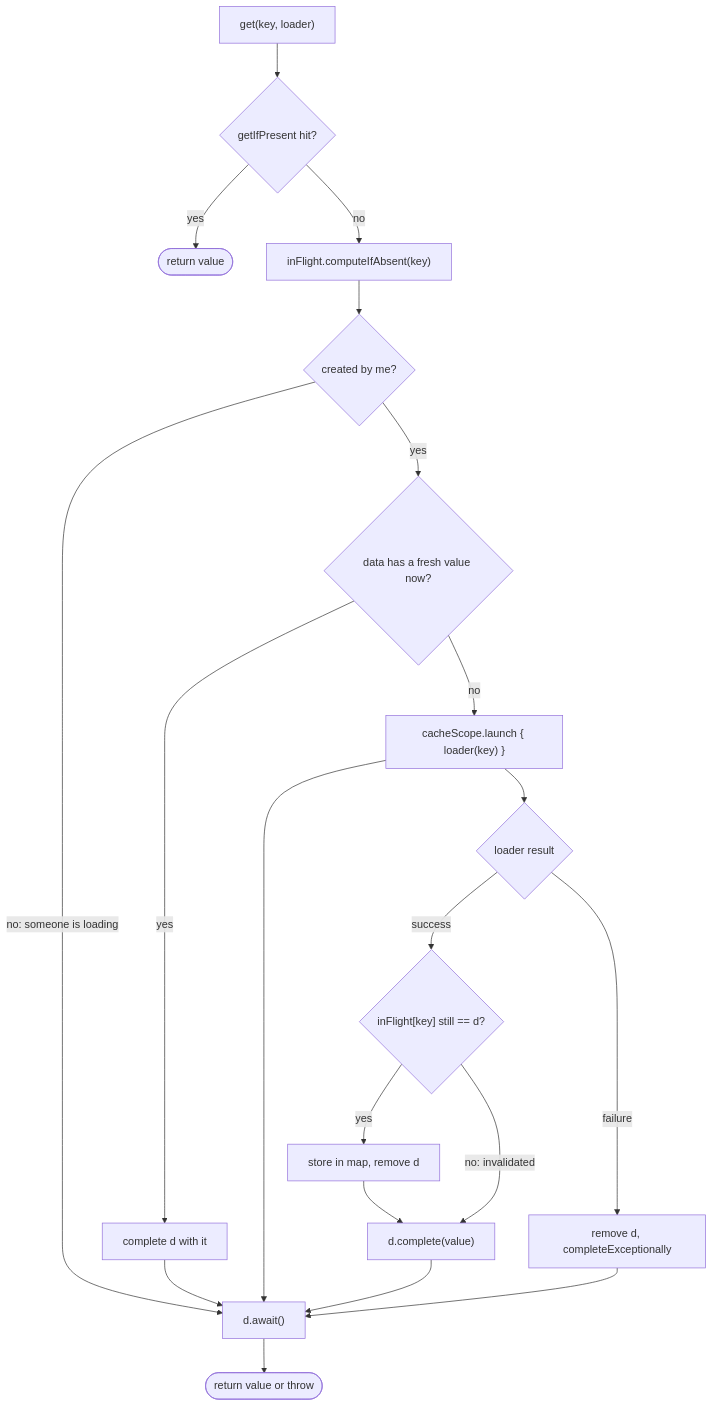
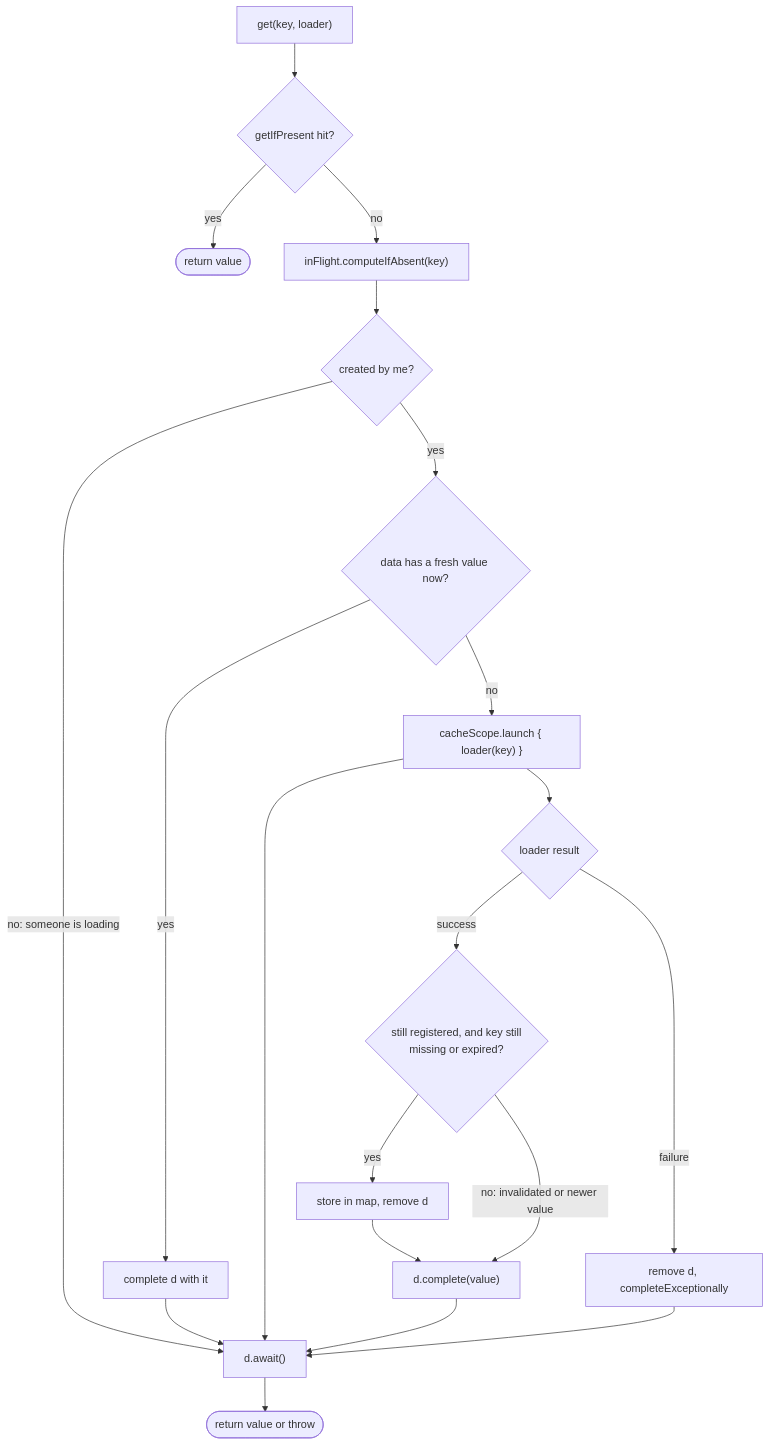
The fourth of 4 diagrams in docs/LLD.md (shashankpatil-dev/kaffeine), drawn with Mermaid before and after one commit. The commit also changed other lines of this file and 2 other files, not shown here.

````diff
--- a/docs/LLD.md
+++ b/docs/LLD.md
@@ -722,20 +731,20 @@
 ```mermaid
 flowchart TD
     G["get(key, loader)"] --> H{"getIfPresent hit?"}
     H -- yes --> R1(["return value"])
     H -- no --> CIA["inFlight.computeIfAbsent(key)"]
     CIA --> Cr{"created by me?"}
     Cr -- "no: someone is loading" --> AW["d.await()"]
     Cr -- yes --> RC{"data has a fresh value now?"}
     RC -- yes --> CP["complete d with it"] --> AW
     RC -- no --> L["cacheScope.launch { loader(key) }"]
     L --> AW
     L --> OK{"loader result"}
-    OK -- success --> ST{"inFlight[key] still == d?"}
+    OK -- success --> ST{"still registered, and key still<br/>missing or expired?"}
     ST -- yes --> S1["store in map, remove d"] --> C1["d.complete(value)"]
-    ST -- "no: invalidated" --> C1
+    ST -- "no: invalidated or newer value" --> C1
     OK -- failure --> F1["remove d, completeExceptionally"]
     C1 --> AW
     F1 --> AW
     AW --> R2(["return value or throw"])
 ```
````
